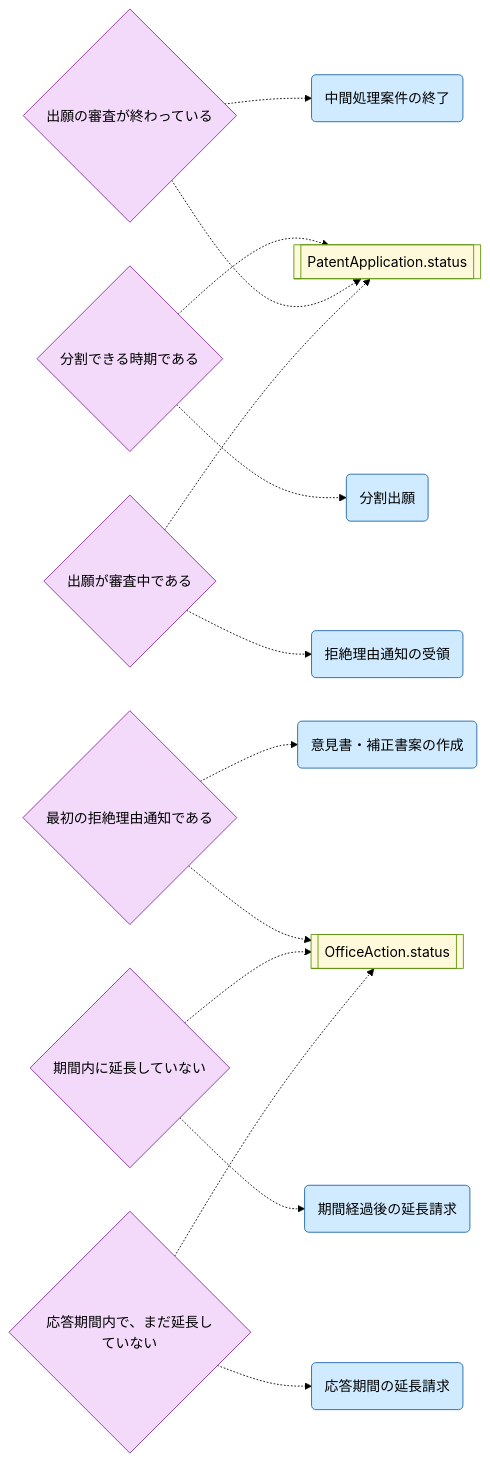
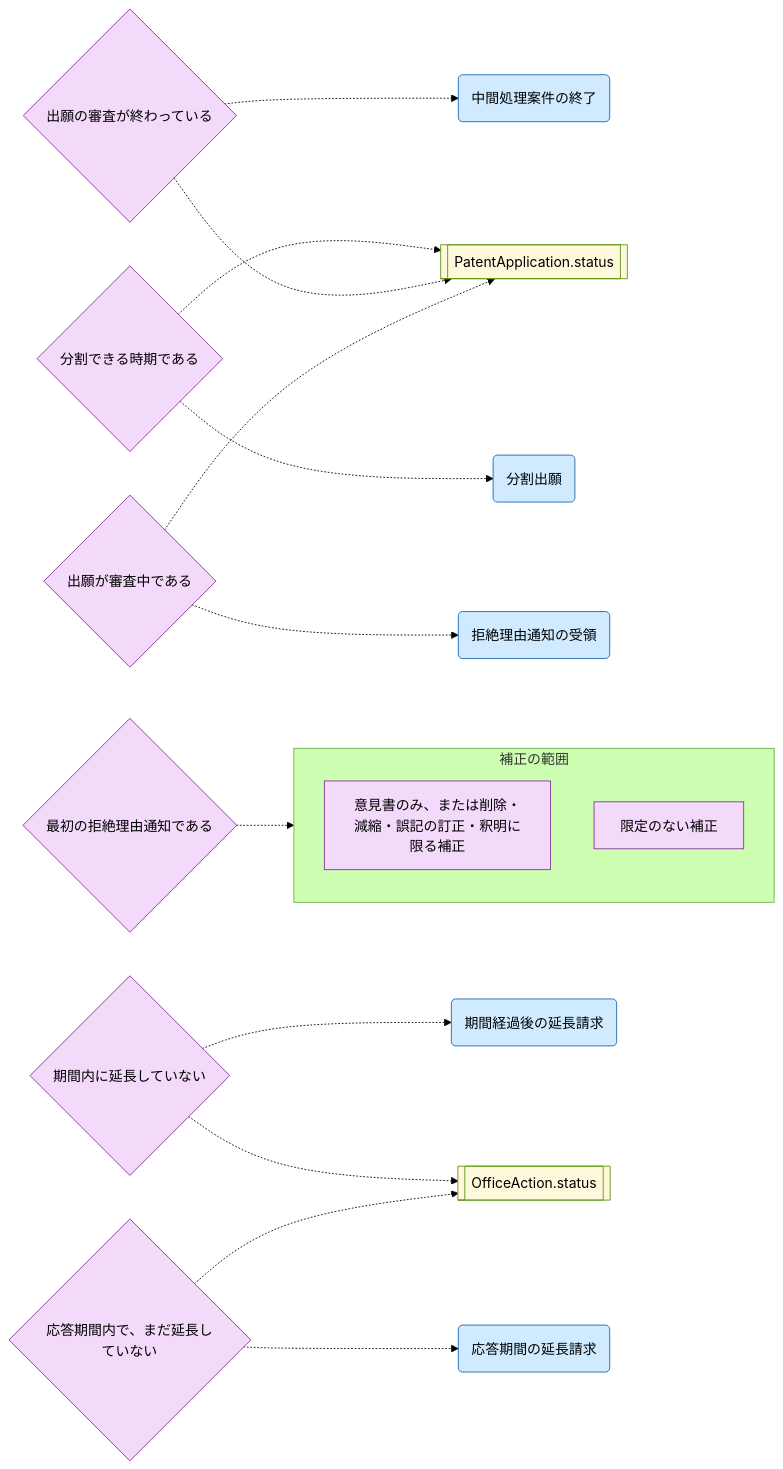
Before and after one commit to manji-0/rdra-ish-dsl: the diagram in samples/patent-ops/out/buc/condition_office_action.mmd, drawn with Mermaid (forest theme). The commit also changed 52 other files, not shown here.

First line of the commit message:
feat(core): guard one chosen value with chooses(UC, E.col, v).when(Cond)

```diff
--- a/samples/patent-ops/out/buc/condition_office_action.mmd
+++ b/samples/patent-ops/out/buc/condition_office_action.mmd
@@ -1,51 +1,54 @@
 %% rdra-ish diagram=condition scope=buc:BucOfficeAction model=samples/patent-ops
-%% kinds: condition statemodel usecase
+%% kinds: condition statemodel variation value usecase
 %% omitted: (none)
 flowchart LR
   condition__DivisionPossible{"分割できる時期である"}:::condition
   %% holds condition__DivisionPossible: PatentApplication.status in (出願済（方式審査）, 審査請求済（審査中）, 特許査定, 拒絶査定)
   condition__ExaminationOver{"出願の審査が終わっている"}:::condition
   %% holds condition__ExaminationOver: PatentApplication.status not in (出願済（方式審査）, 手続補正指令への対応中, 審査請求済（審査中）)
   condition__FirstNoticeOnly{"最初の拒絶理由通知である"}:::condition
-  %% holds condition__FirstNoticeOnly: OfficeAction.status == 応答期間中, OfficeAction.kind == 最初
+  %% holds condition__FirstNoticeOnly: OfficeAction.kind == 最初
   condition__NotExtendedWithinTerm{"期間内に延長していない"}:::condition
   %% holds condition__NotExtendedWithinTerm: OfficeAction.status == 期間経過（延長請求可）, OfficeAction.extended == false
   condition__UnderExamination{"出願が審査中である"}:::condition
   %% holds condition__UnderExamination: PatentApplication.status == 審査請求済（審査中）
   condition__WithinTermNotExtended{"応答期間内で、まだ延長していない"}:::condition
   %% holds condition__WithinTermNotExtended: OfficeAction.status == 応答期間中, OfficeAction.extended == false, OfficeAction.late_extended == false
   statemodel__OfficeAction_status[["OfficeAction.status"]]:::statemodel
   statemodel__PatentApplication_status[["PatentApplication.status"]]:::statemodel
+  subgraph variation__AmendmentScope["補正の範囲"]
+    variation__AmendmentScope__limited["意見書のみ、または削除・減縮・誤記の訂正・釈明に限る補正"]:::value
+    variation__AmendmentScope__free["限定のない補正"]:::value
+  end
   usecase__CloseOfficeActionDocket("中間処理案件の終了"):::usecase
   %% desc usecase__CloseOfficeActionDocket: 査定・取下げで出願の審査が終わった後、応答済の拒絶理由通知の案件を閉じる。
-  usecase__DraftResponse("意見書・補正書案の作成"):::usecase
-  %% desc usecase__DraftResponse: 最初の拒絶理由通知に対し、弁理士が意見書と、必要なら限定のない補正書の案を作る。
   usecase__FileDivisionalApplication("分割出願"):::usecase
   %% desc usecase__FileDivisionalApplication: 補正できる時期、特許査定の謄本から30日、最初の拒絶査定の謄本から3月の間に、出願の一部を新たな出願にする。
   usecase__ReceiveOfficeAction("拒絶理由通知の受領"):::usecase
   %% desc usecase__ReceiveOfficeAction: 拒絶理由通知書を受け取り、応答期間の管理を始める。
   usecase__RequestLateExtension("期間経過後の延長請求"):::usecase
   %% desc usecase__RequestLateExtension: 応答期間の経過後2か月以内に延長を請求し、2か月の応答期間を得る。
   usecase__RequestTermExtension("応答期間の延長請求"):::usecase
   %% desc usecase__RequestTermExtension: 応答期間内に期間延長請求書を出し、2か月延長する。
   condition__DivisionPossible -.-> usecase__FileDivisionalApplication
   condition__DivisionPossible -.-> statemodel__PatentApplication_status
   %% derived condition__DivisionPossible -> statemodel__PatentApplication_status from holds
   condition__ExaminationOver -.-> usecase__CloseOfficeActionDocket
   condition__ExaminationOver -.-> statemodel__PatentApplication_status
   %% derived condition__ExaminationOver -> statemodel__PatentApplication_status from holds
-  condition__FirstNoticeOnly -.-> usecase__DraftResponse
-  condition__FirstNoticeOnly -.-> statemodel__OfficeAction_status
-  %% derived condition__FirstNoticeOnly -> statemodel__OfficeAction_status from holds
+  condition__FirstNoticeOnly -.-> variation__AmendmentScope
+  %% derived condition__FirstNoticeOnly -> variation__AmendmentScope from when
   condition__NotExtendedWithinTerm -.-> usecase__RequestLateExtension
   condition__NotExtendedWithinTerm -.-> statemodel__OfficeAction_status
   %% derived condition__NotExtendedWithinTerm -> statemodel__OfficeAction_status from holds
   condition__UnderExamination -.-> usecase__ReceiveOfficeAction
   condition__UnderExamination -.-> statemodel__PatentApplication_status
   %% derived condition__UnderExamination -> statemodel__PatentApplication_status from holds
   condition__WithinTermNotExtended -.-> usecase__RequestTermExtension
   condition__WithinTermNotExtended -.-> statemodel__OfficeAction_status
   %% derived condition__WithinTermNotExtended -> statemodel__OfficeAction_status from holds
   classDef condition fill:#f3d9fa,stroke:#862e9c,color:#000;
   classDef statemodel fill:#fff9db,stroke:#5c940d,color:#000;
+  classDef variation fill:#f3d9fa,stroke:#862e9c,color:#000;
+  classDef value fill:#f3d9fa,stroke:#862e9c,color:#000;
   classDef usecase fill:#d0ebff,stroke:#1864ab,color:#000;
```
